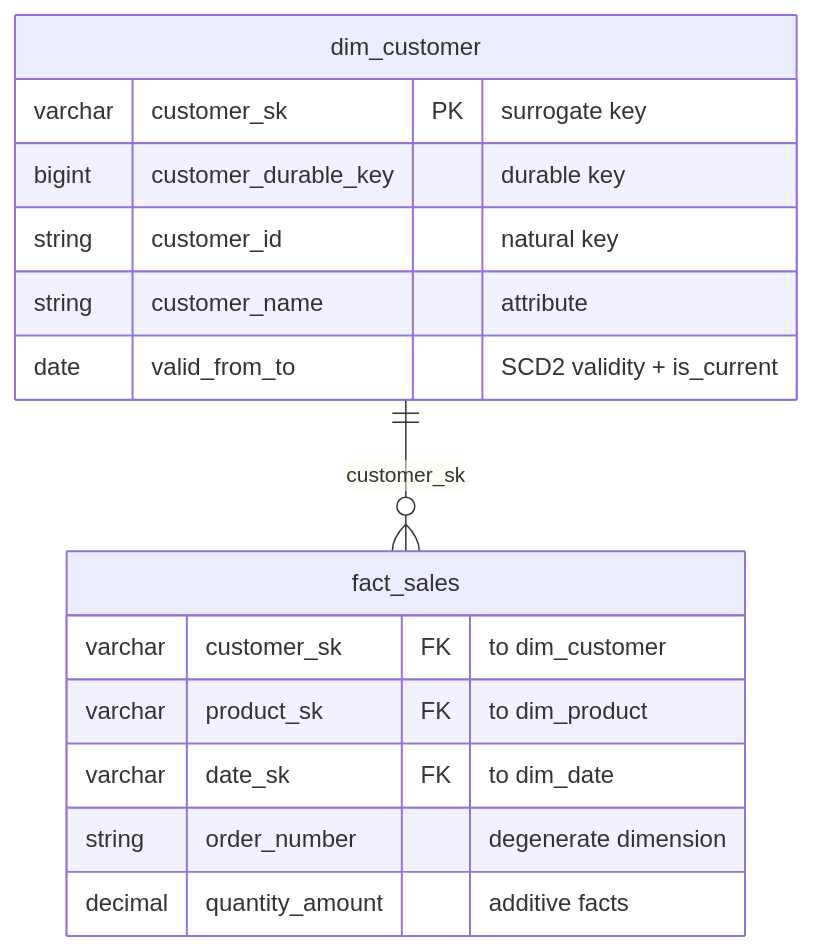
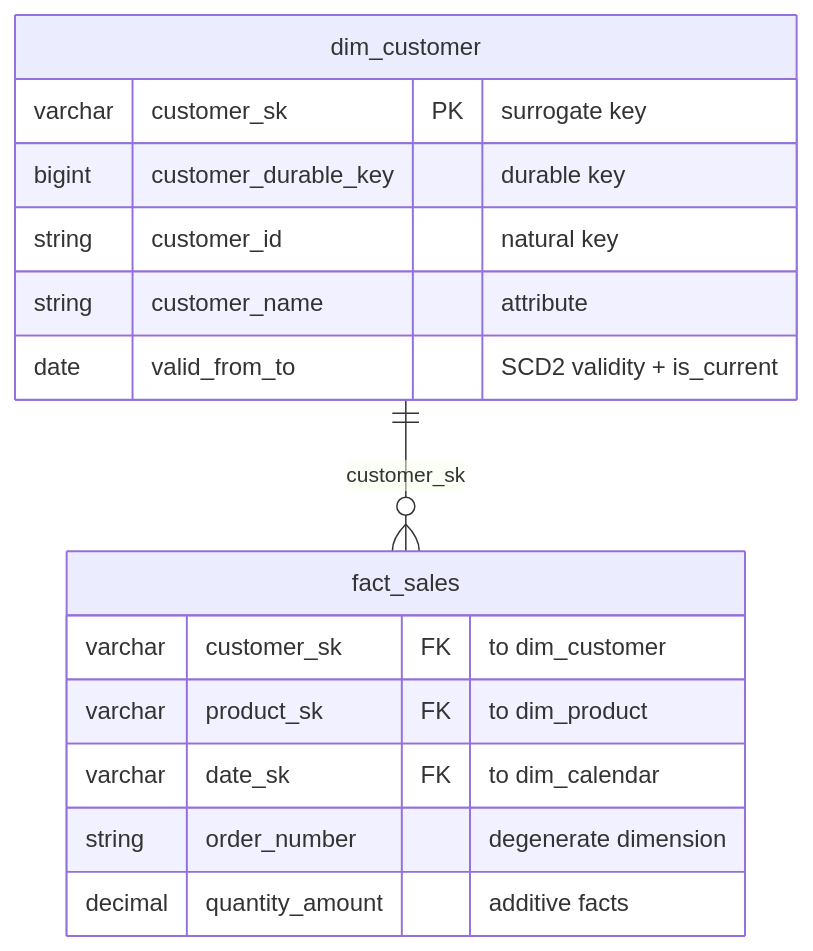
Before and after one commit to dyvenia/dim-modelling-docs: the diagram in src/concepts/kimball-keys.md, drawn with Mermaid. The commit also changed 1 other file, not shown here.

Commit message:
🎨 Align date dimension name to `dim_calendar`

````diff
--- a/src/concepts/kimball-keys.md
+++ b/src/concepts/kimball-keys.md
@@ -130,18 +130,18 @@
 ```mermaid
 erDiagram
     dim_customer ||--o{ fact_sales : "customer_sk"
     dim_customer {
         varchar customer_sk PK "surrogate key"
         bigint customer_durable_key "durable key"
         string customer_id "natural key"
         string customer_name "attribute"
         date valid_from_to "SCD2 validity + is_current"
     }
     fact_sales {
         varchar customer_sk FK "to dim_customer"
         varchar product_sk FK "to dim_product"
-        varchar date_sk FK "to dim_date"
+        varchar date_sk FK "to dim_calendar"
         string order_number "degenerate dimension"
         decimal quantity_amount "additive facts"
     }
 ```
````
